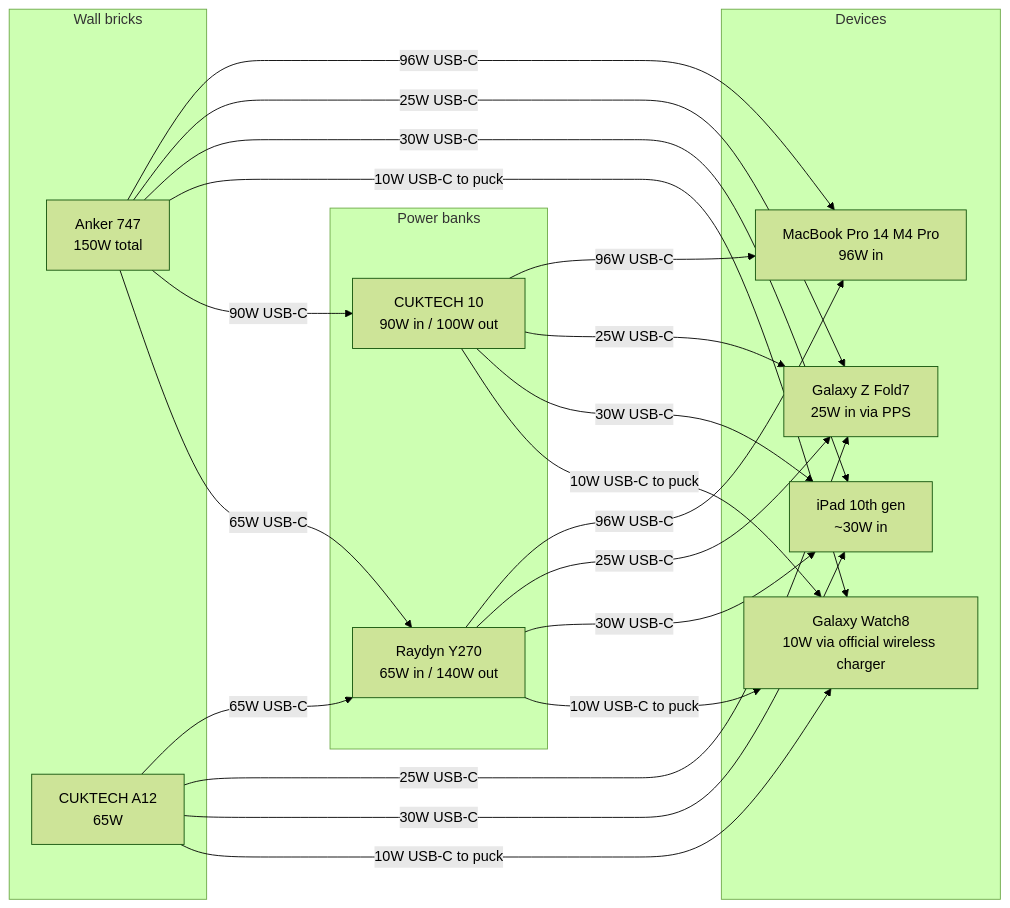
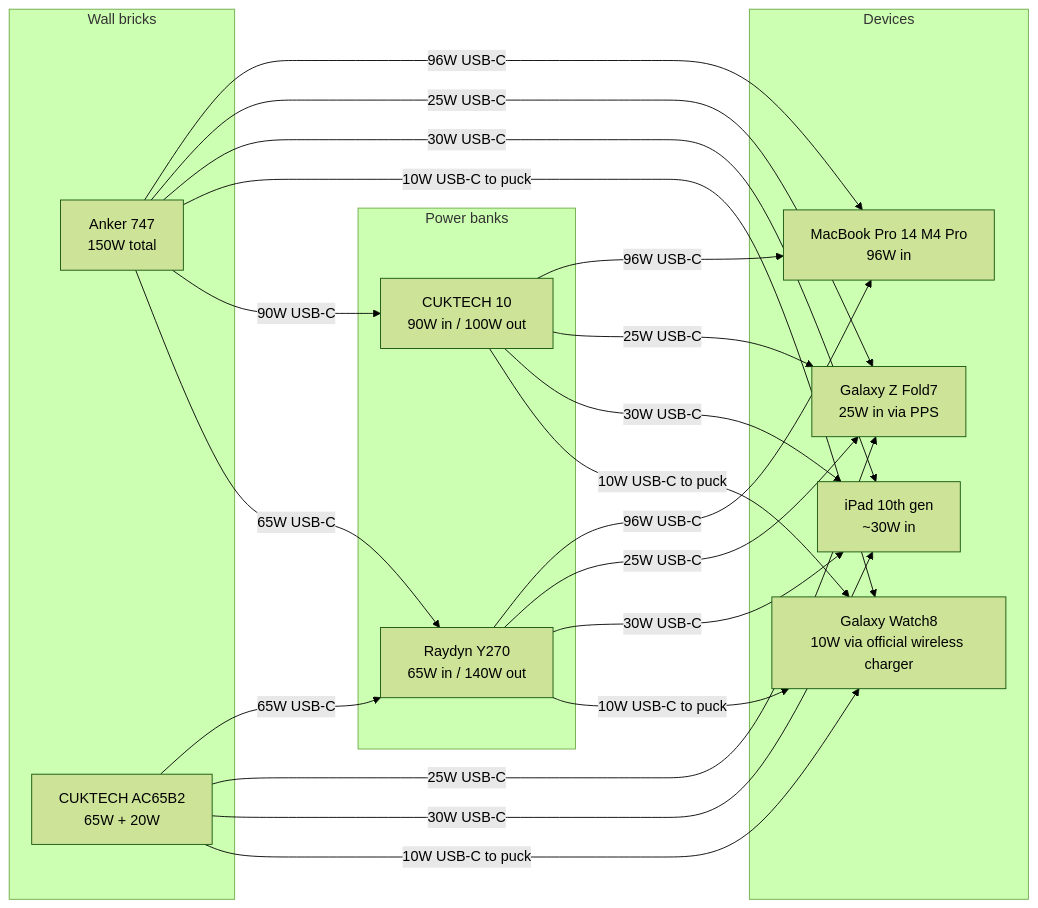
One commit to kaovilai/charge-arsenal changed the first of 2 diagrams in README.md. Above: the diagram before and after it, drawn with Mermaid (forest theme). The commit also changed other lines of this file and 9 other files, not shown here.

````diff
--- a/README.md
+++ b/README.md
@@ -56,41 +56,41 @@
 ```mermaid
 flowchart LR
     subgraph wall[Wall bricks]
         anker[Anker 747<br/>150W total]
-        a12[CUKTECH A12<br/>65W]
+        a12[CUKTECH AC65B2<br/>65W + 20W]
     end
 
     subgraph banks[Power banks]
         y270[Raydyn Y270<br/>65W in / 140W out]
         cuk10[CUKTECH 10<br/>90W in / 100W out]
     end
 
     subgraph devices[Devices]
         mac[MacBook Pro 14 M4 Pro<br/>96W in]
         fold[Galaxy Z Fold7<br/>25W in via PPS]
         ipad[iPad 10th gen<br/>~30W in]
         watch[Galaxy Watch8<br/>10W via official wireless charger]
     end
 
     anker -->|96W USB-C| mac
     anker -->|25W USB-C| fold
     anker -->|30W USB-C| ipad
     anker -->|10W USB-C to puck| watch
     anker -->|90W USB-C| cuk10
     anker -->|65W USB-C| y270
 
     a12 -->|65W USB-C| y270
     a12 -->|25W USB-C| fold
     a12 -->|30W USB-C| ipad
     a12 -->|10W USB-C to puck| watch
 
     y270 -->|96W USB-C| mac
     y270 -->|25W USB-C| fold
     y270 -->|30W USB-C| ipad
     y270 -->|10W USB-C to puck| watch
 
     cuk10 -->|96W USB-C| mac
     cuk10 -->|25W USB-C| fold
     cuk10 -->|30W USB-C| ipad
     cuk10 -->|10W USB-C to puck| watch
 ```
````
